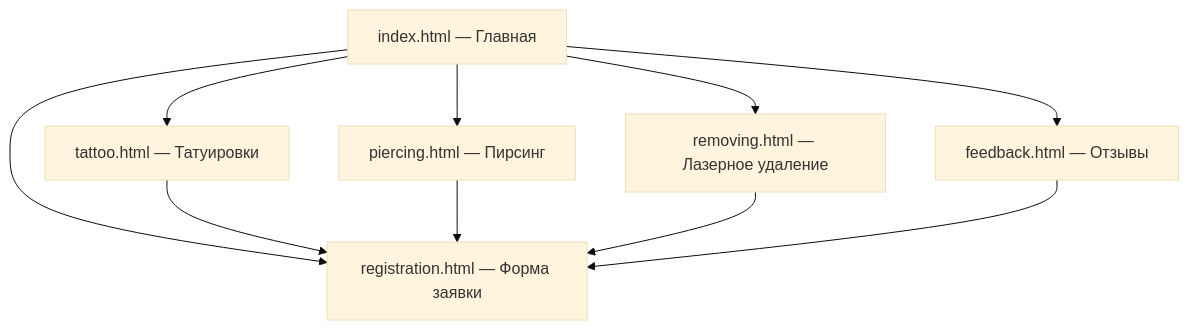
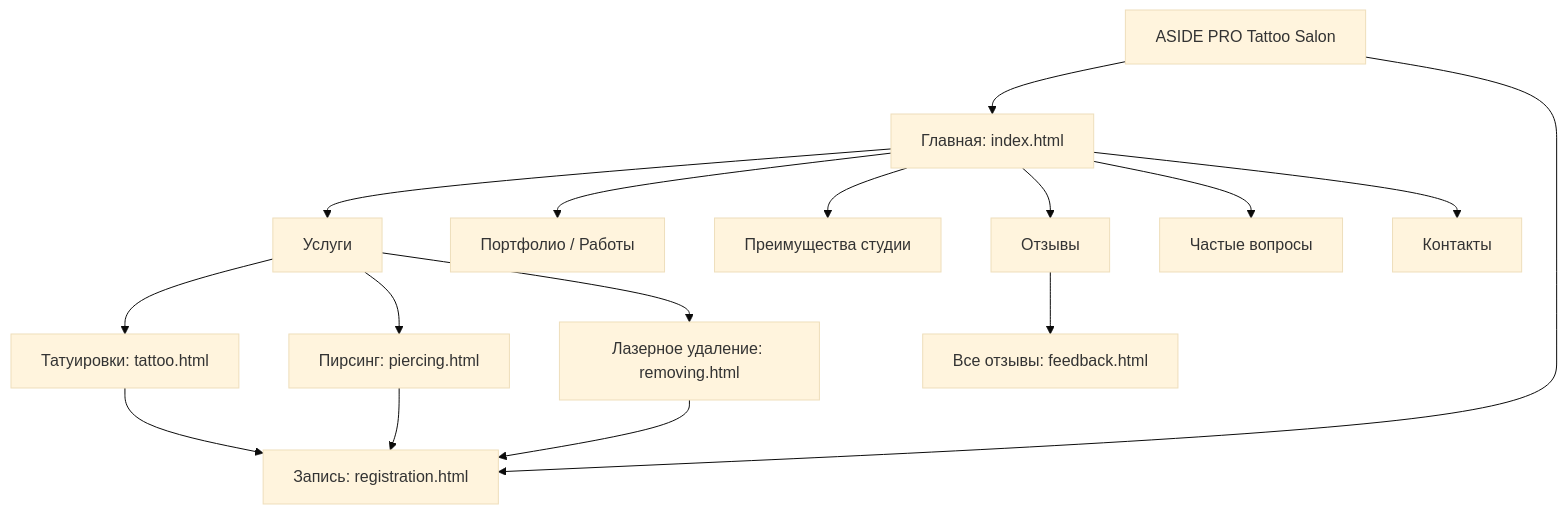
The diagram in docs/site-map.mmd (lenconcoira2007-spec/aside-pro-tattoo-salon), drawn with Mermaid (base theme) before and after one commit. The commit also changed 441 other files, not shown here.

Commit message:
chore: import complete ASIDE PRO project bundle

```diff
--- a/docs/site-map.mmd
+++ b/docs/site-map.mmd
@@ -1,16 +1,16 @@
 flowchart TD
-  Home[index.html — Главная]
-  Tattoo[tattoo.html — Татуировки]
-  Piercing[piercing.html — Пирсинг]
-  Removing[removing.html — Лазерное удаление]
-  Feedback[feedback.html — Отзывы]
-  Registration[registration.html — Форма заявки]
-  Home --> Tattoo
-  Home --> Piercing
-  Home --> Removing
-  Home --> Feedback
-  Home --> Registration
-  Tattoo --> Registration
-  Piercing --> Registration
-  Removing --> Registration
-  Feedback --> Registration
+    A[ASIDE PRO Tattoo Salon] --> H[Главная: index.html]
+    A --> R[Запись: registration.html]
+    H --> S[Услуги]
+    S --> T[Татуировки: tattoo.html]
+    S --> P[Пирсинг: piercing.html]
+    S --> L[Лазерное удаление: removing.html]
+    H --> W[Портфолио / Работы]
+    H --> B[Преимущества студии]
+    H --> F[Отзывы]
+    F --> FA[Все отзывы: feedback.html]
+    H --> Q[Частые вопросы]
+    H --> C[Контакты]
+    T --> R
+    P --> R
+    L --> R
```
